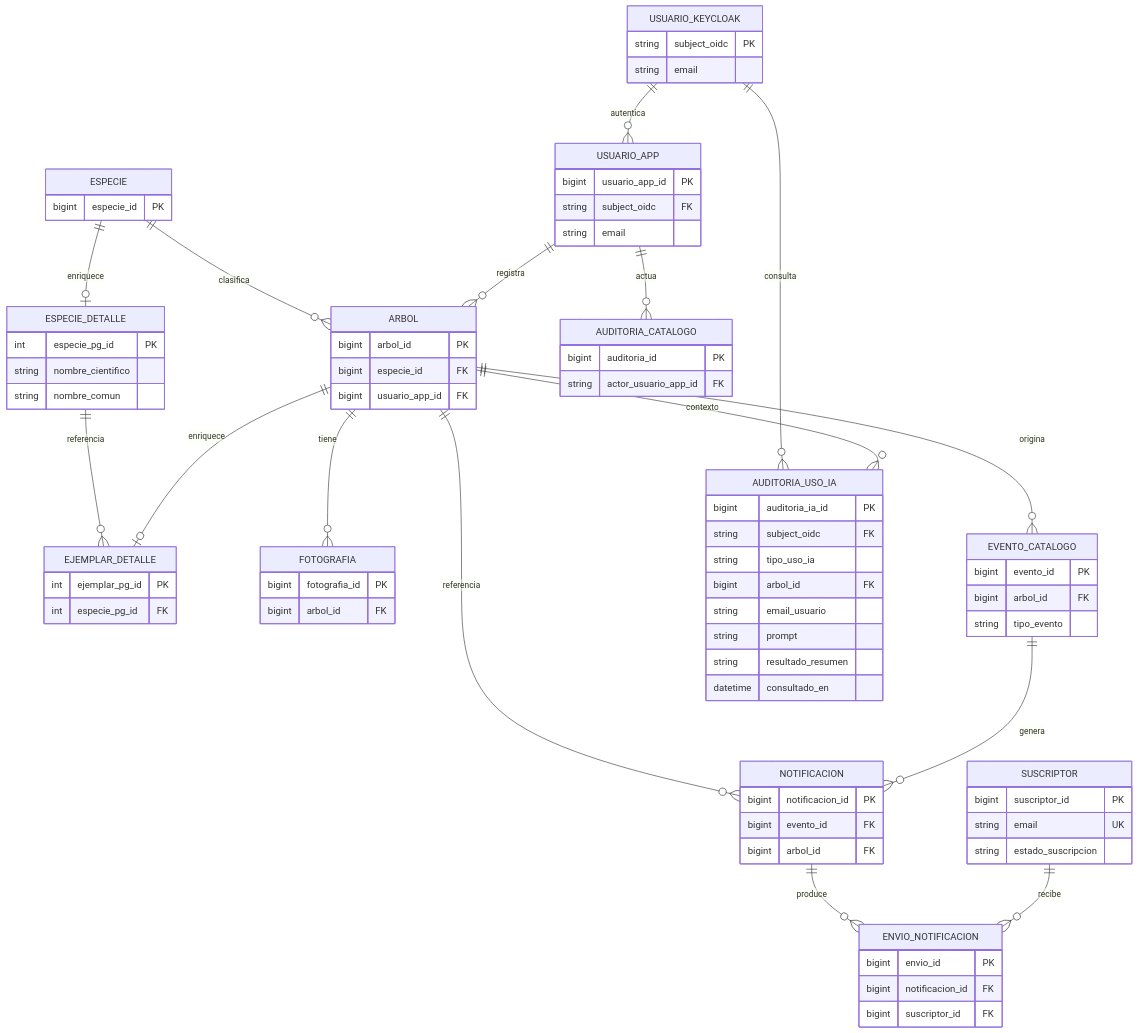
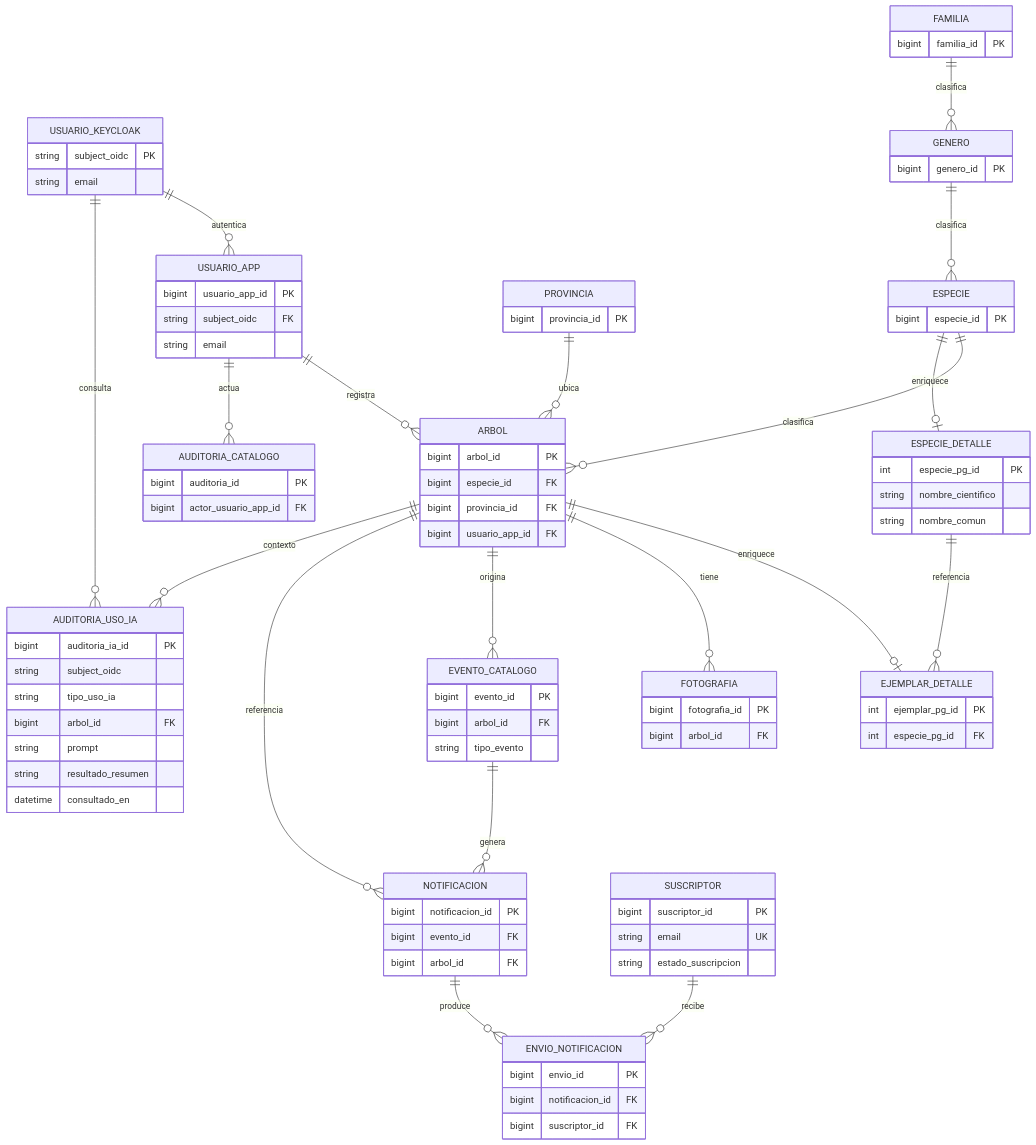
One commit to LIDR-academy/AI4Devs-finalproject changed diagram 13 of 18 in readme.md. Above: the diagram before and after it, drawn with Mermaid. The commit also changed other lines of this file, not shown here.

Commit message:
Actualización readme

```diff
--- a/readme.md
+++ b/readme.md
@@ -790,12 +790,22 @@
         string subject_oidc FK
         string email
     }
+    FAMILIA {
+        bigint familia_id PK
+    }
+    GENERO {
+        bigint genero_id PK
+    }
     ESPECIE {
         bigint especie_id PK
+    }
+    PROVINCIA {
+        bigint provincia_id PK
     }
     ARBOL {
         bigint arbol_id PK
         bigint especie_id FK
+        bigint provincia_id FK
         bigint usuario_app_id FK
     }
     ESPECIE_DETALLE {
@@ -833,19 +843,21 @@
     }
     AUDITORIA_CATALOGO {
         bigint auditoria_id PK
-        string actor_usuario_app_id FK
+        bigint  actor_usuario_app_id FK
     }
     AUDITORIA_USO_IA {
         bigint auditoria_ia_id PK
-        string subject_oidc FK
+        string subject_oidc
         string tipo_uso_ia
         bigint arbol_id FK
-        string email_usuario
         string prompt
         string resultado_resumen
         datetime consultado_en
     }
+    FAMILIA ||--o{ GENERO : clasifica
+    GENERO ||--o{ ESPECIE : clasifica
     ESPECIE ||--o{ ARBOL : clasifica
+    PROVINCIA ||--o{ ARBOL : ubica
     USUARIO_KEYCLOAK ||--o{ USUARIO_APP : autentica
     USUARIO_KEYCLOAK ||--o{ AUDITORIA_USO_IA : consulta
     USUARIO_APP ||--o{ ARBOL : registra
```
